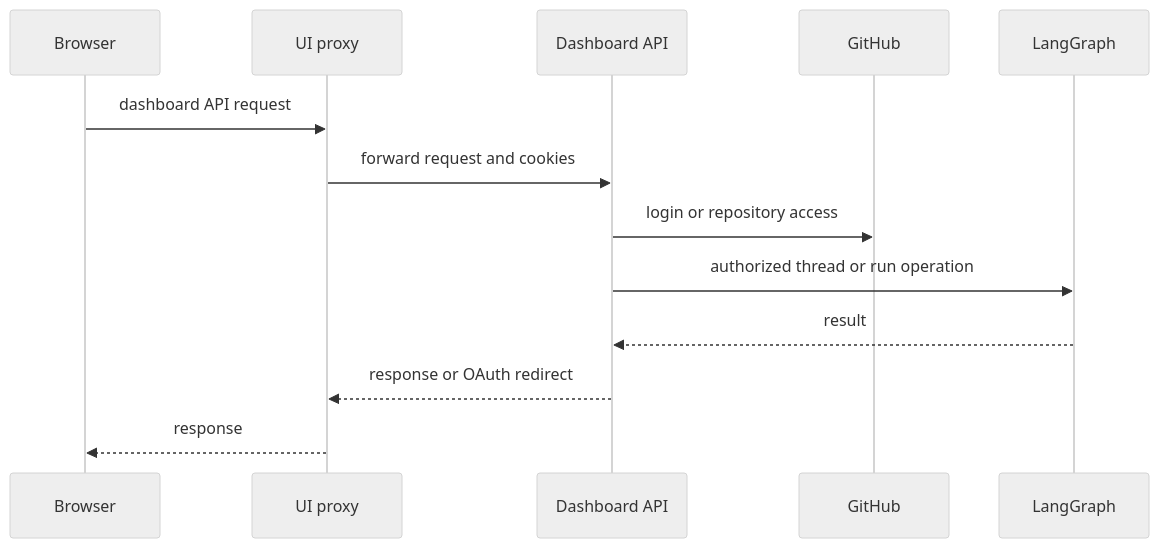
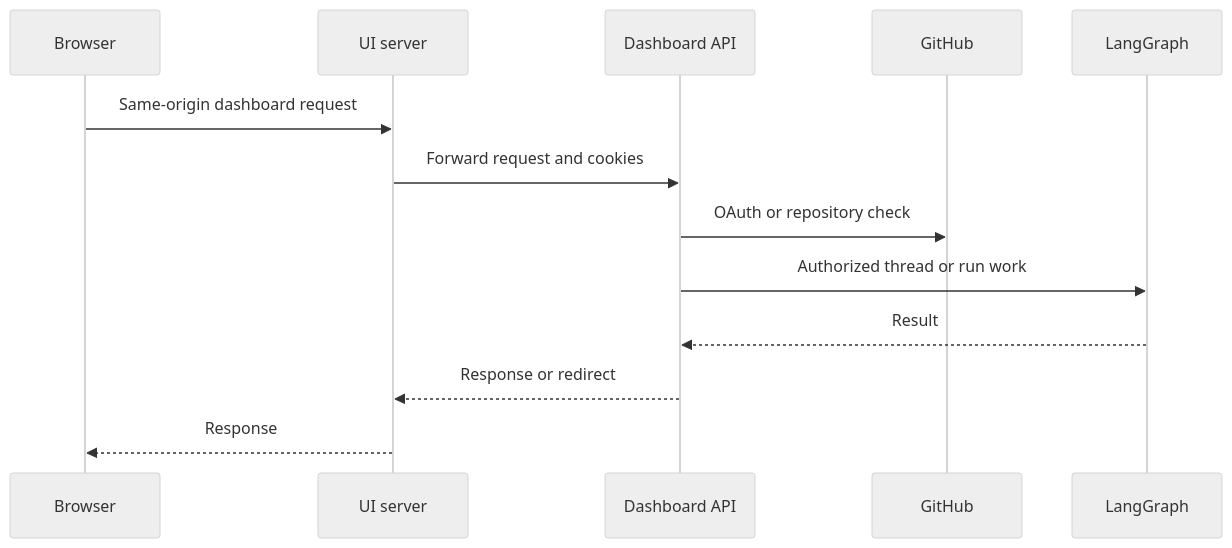
One commit to langchain-ai/open-swe changed the first of 2 diagrams in openwiki/integrations/dashboard-ui.md. Above: the diagram before and after it, drawn with Mermaid (neutral theme). The commit also changed other lines of this file and 52 other files, not shown here.

````diff
--- a/openwiki/integrations/dashboard-ui.md
+++ b/openwiki/integrations/dashboard-ui.md
@@ -65,16 +63,16 @@
 ```mermaid
 sequenceDiagram
     participant Browser
-    participant UI as UI proxy
+    participant UI as UI server
     participant API as Dashboard API
     participant GitHub
     participant Graph as LangGraph
 
-    Browser->>UI: dashboard API request
-    UI->>API: forward request and cookies
-    API->>GitHub: login or repository access
-    API->>Graph: authorized thread or run operation
-    Graph-->>API: result
-    API-->>UI: response or OAuth redirect
-    UI-->>Browser: response
+    Browser->>UI: Same-origin dashboard request
+    UI->>API: Forward request and cookies
+    API->>GitHub: OAuth or repository check
+    API->>Graph: Authorized thread or run work
+    Graph-->>API: Result
+    API-->>UI: Response or redirect
+    UI-->>Browser: Response
 ```
````
